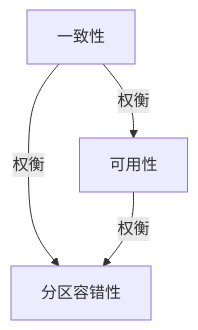
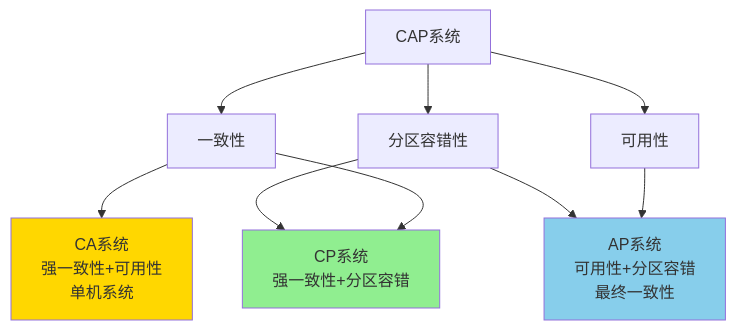
One commit to AdaMartin18010/Data-Science changed the diagram in Analysis/1-数据库系统/1.3-NoSQL/1.3.5-分布式一致性与CAP.md. Above: the diagram before and after it, drawn with Mermaid. The commit also changed other lines of this file and 338 other files, not shown here.

````diff
--- a/Analysis/1-数据库系统/1.3-NoSQL/1.3.5-分布式一致性与CAP.md
+++ b/Analysis/1-数据库系统/1.3-NoSQL/1.3.5-分布式一致性与CAP.md
@@ -33,6 +139,18 @@
 ```mermaid
 flowchart TD
-  C[一致性] --权衡--> A[可用性]
-  C --权衡--> P[分区容错性]
-  A --权衡--> P
+    CAP[CAP系统] --> C[一致性]
+    CAP --> A[可用性]
+    CAP --> P[分区容错性]
+
+    C --> CP[CP系统<br/>强一致性+分区容错]
+    C --> CA[CA系统<br/>强一致性+可用性<br/>单机系统]
+
+    A --> AP[AP系统<br/>可用性+分区容错<br/>最终一致性]
+
+    P --> CP
+    P --> AP
+
+    style CP fill:#90EE90
+    style AP fill:#87CEEB
+    style CA fill:#FFD700
 ```
````
